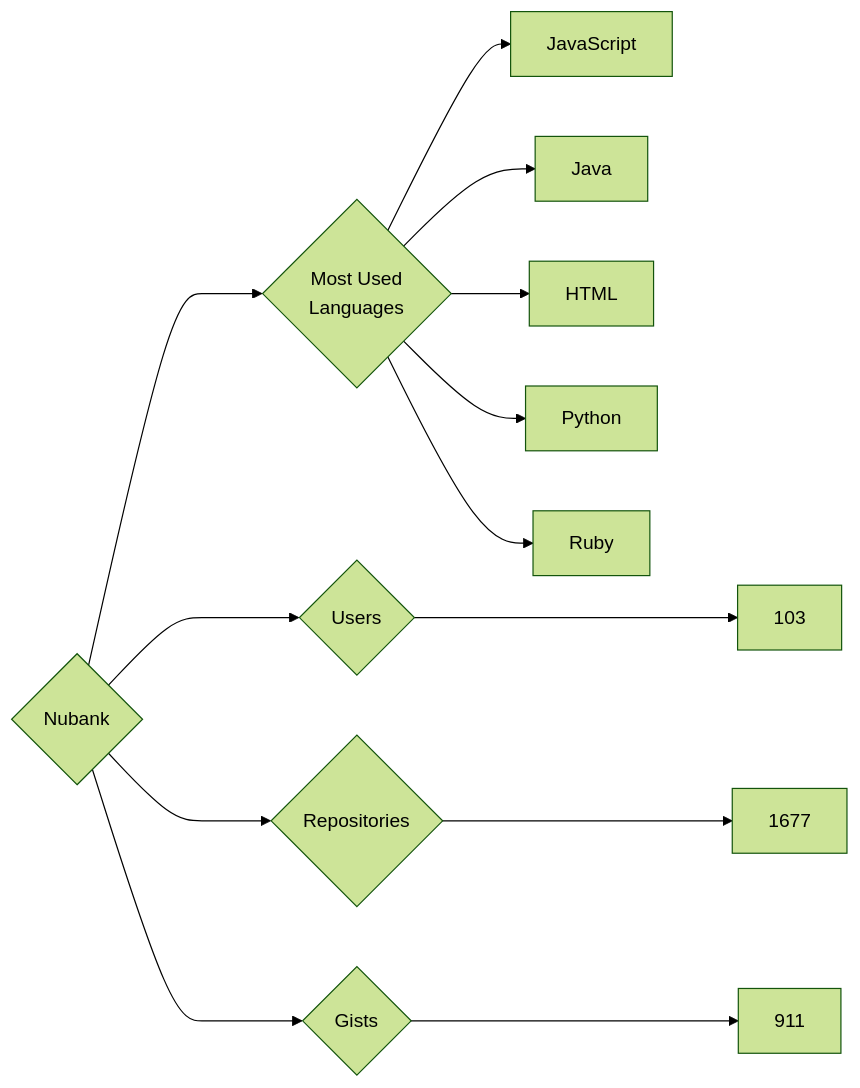
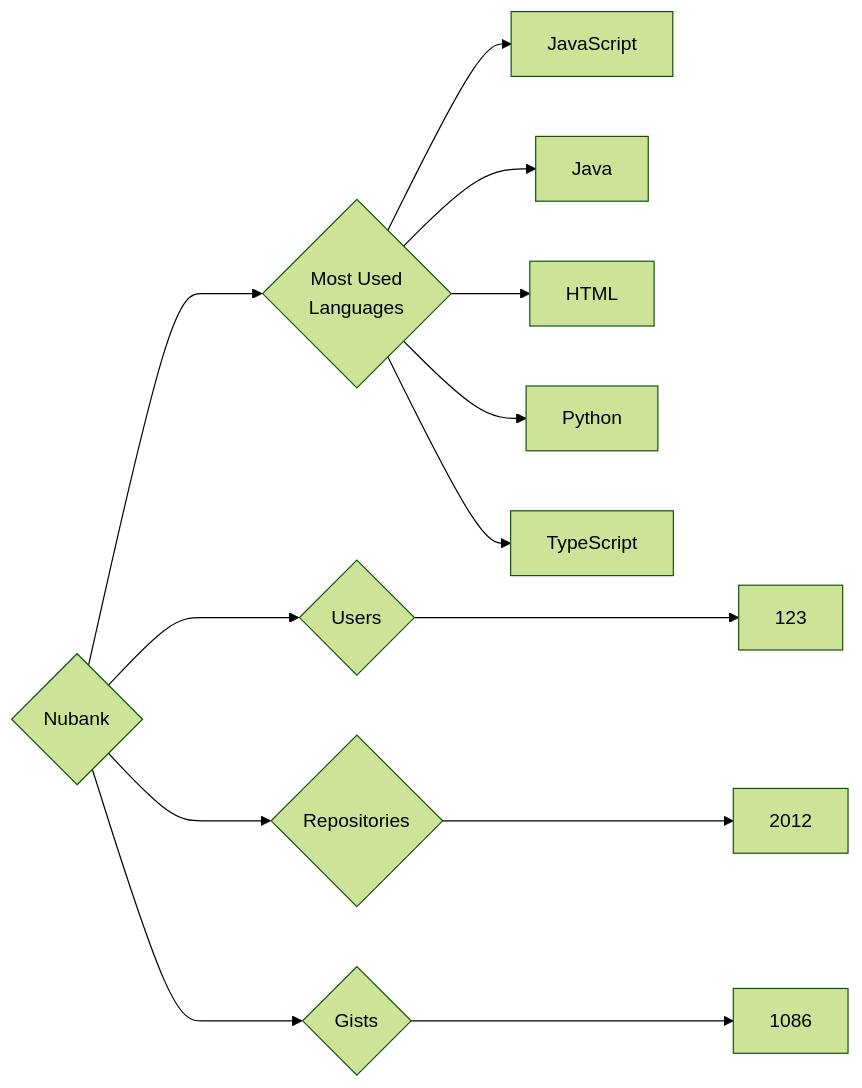
Before and after one commit to trickest/insiders: the diagram in targets/Nubank/README.md, drawn with Mermaid (forest theme). The commit also changed 886 other files, not shown here.

````diff
--- a/targets/Nubank/README.md
+++ b/targets/Nubank/README.md
@@ -3,13 +3,13 @@
 ```mermaid
 graph LR
 COMPANY_NAME{Nubank}
-COMPANY_NAME ---> U{Users} ---> UN[103]
-COMPANY_NAME ---> R{Repositories} ---> RN[1677]
-COMPANY_NAME ---> G{Gists} ---> GN[911]
+COMPANY_NAME ---> U{Users} ---> UN[123]
+COMPANY_NAME ---> R{Repositories} ---> RN[2012]
+COMPANY_NAME ---> G{Gists} ---> GN[1086]
 COMPANY_NAME ---> ML{Most Used<br>Languages}
 ML --> JavaScript[JavaScript]
 ML --> Java[Java]
 ML --> HTML[HTML]
 ML --> Python[Python]
-ML --> Ruby[Ruby]
+ML --> TypeScript[TypeScript]
 ```
````
